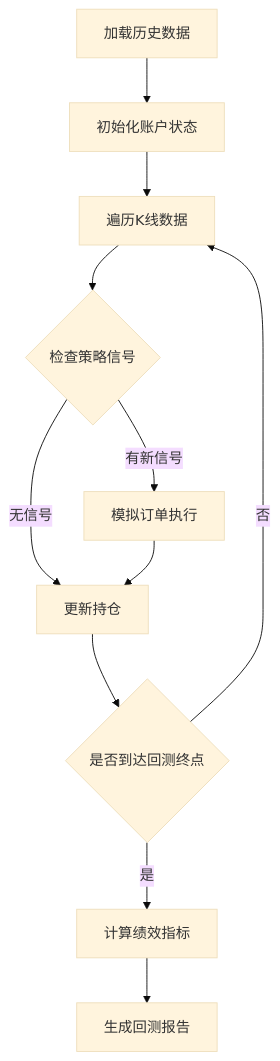
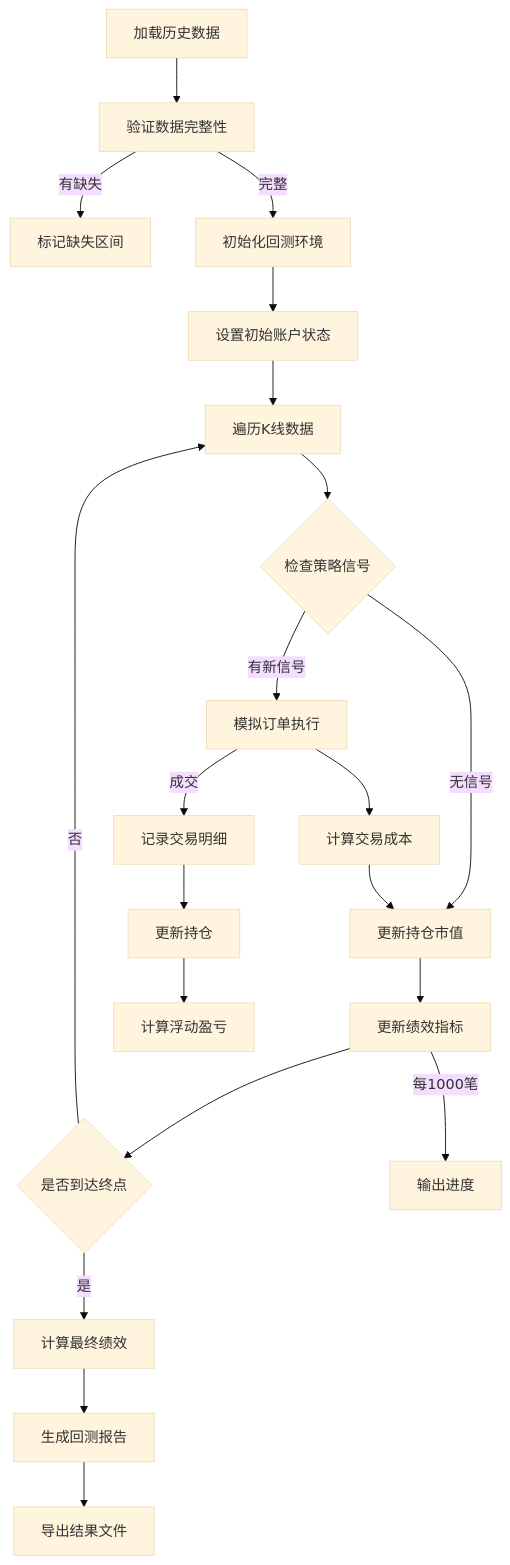
The fifth of 7 diagrams in .monkeycode/specs/crypto-trend-trading-system/design.md (DarwinHo/crypto-trend-trading), drawn with Mermaid (base theme) before and after one commit. The commit also changed other lines of this file, not shown here.

````diff
--- a/.monkeycode/specs/crypto-trend-trading-system/design.md
+++ b/.monkeycode/specs/crypto-trend-trading-system/design.md
@@ -695,13 +1292,25 @@
 ```mermaid
 graph TD
-    A[加载历史数据] --> B[初始化账户状态]
-    B --> C[遍历K线数据]
-    C --> D{检查策略信号}
-    D -->|有新信号| E[模拟订单执行]
-    D -->|无信号| F[更新持仓]
-    E --> F
-    F --> G{是否到达回测终点}
-    G -->|否| C
-    G -->|是| H[计算绩效指标]
-    H --> I[生成回测报告]
+    A[加载历史数据] --> B[验证数据完整性]
+    B -->|有缺失| B1[标记缺失区间]
+    B -->|完整| C[初始化回测环境]
+    C --> D[设置初始账户状态]
+    D --> E[遍历K线数据]
+    E --> F{检查策略信号}
+    F -->|有新信号| G[模拟订单执行]
+    F -->|无信号| H[更新持仓市值]
+    G --> I[计算交易成本]
+    I --> H
+    H --> J[更新绩效指标]
+    J --> K{是否到达终点}
+    K -->|否| E
+    K -->|是| L[计算最终绩效]
+    L --> M[生成回测报告]
+    M --> N[导出结果文件]
+    
+    G -->|成交| G1[记录交易明细]
+    G1 --> G2[更新持仓]
+    G2 --> G3[计算浮动盈亏]
+    
+    J -->|每1000笔| J1[输出进度]
 ```
````
